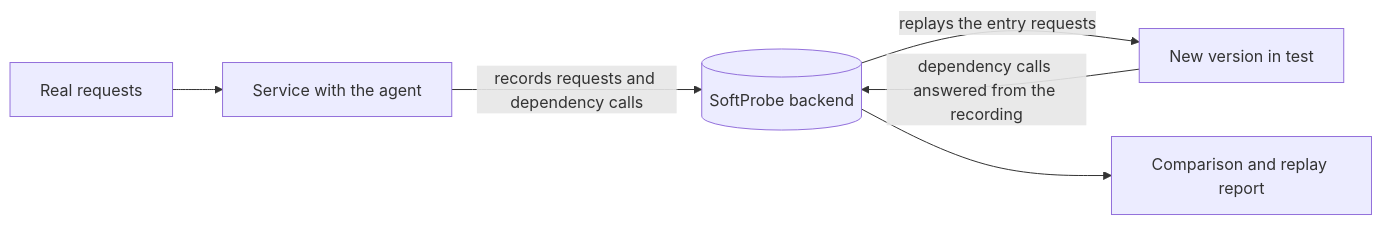
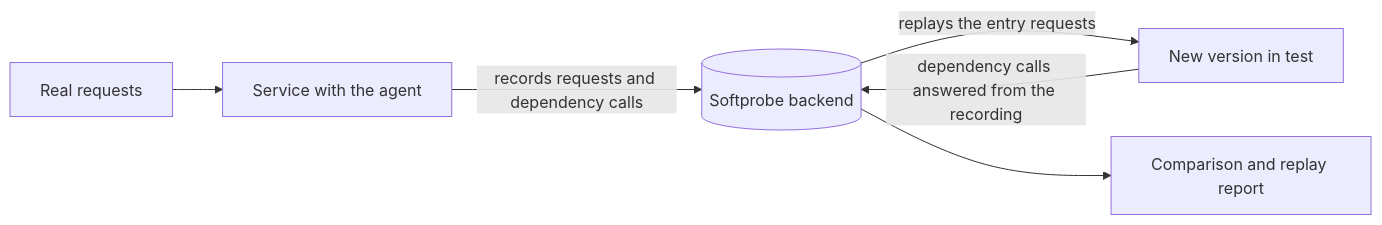
Before and after one commit to softprobe/document-website: the diagram in en/testing/index.md, drawn with Mermaid. The commit also changed other lines of this file and 69 other files, not shown here.

````diff
--- a/en/testing/index.md
+++ b/en/testing/index.md
@@ -19,8 +19,8 @@
 ```mermaid
 flowchart LR
   A[Real requests] --> B[Service with the agent]
-  B -->|records requests and dependency calls| C[(SoftProbe backend)]
+  B -->|records requests and dependency calls| C[(Softprobe backend)]
   C -->|replays the entry requests| D[New version in test]
   D -->|dependency calls answered from the recording| C
   C --> E[Comparison and replay report]
 ```
````
